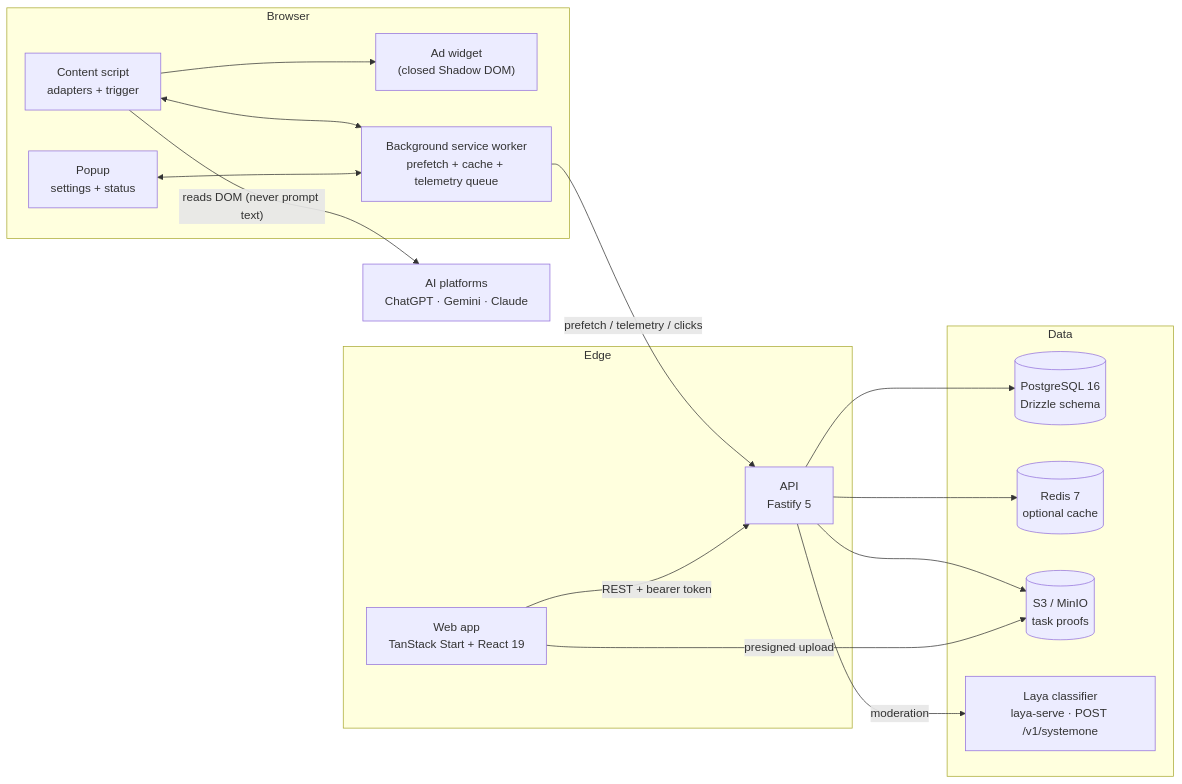
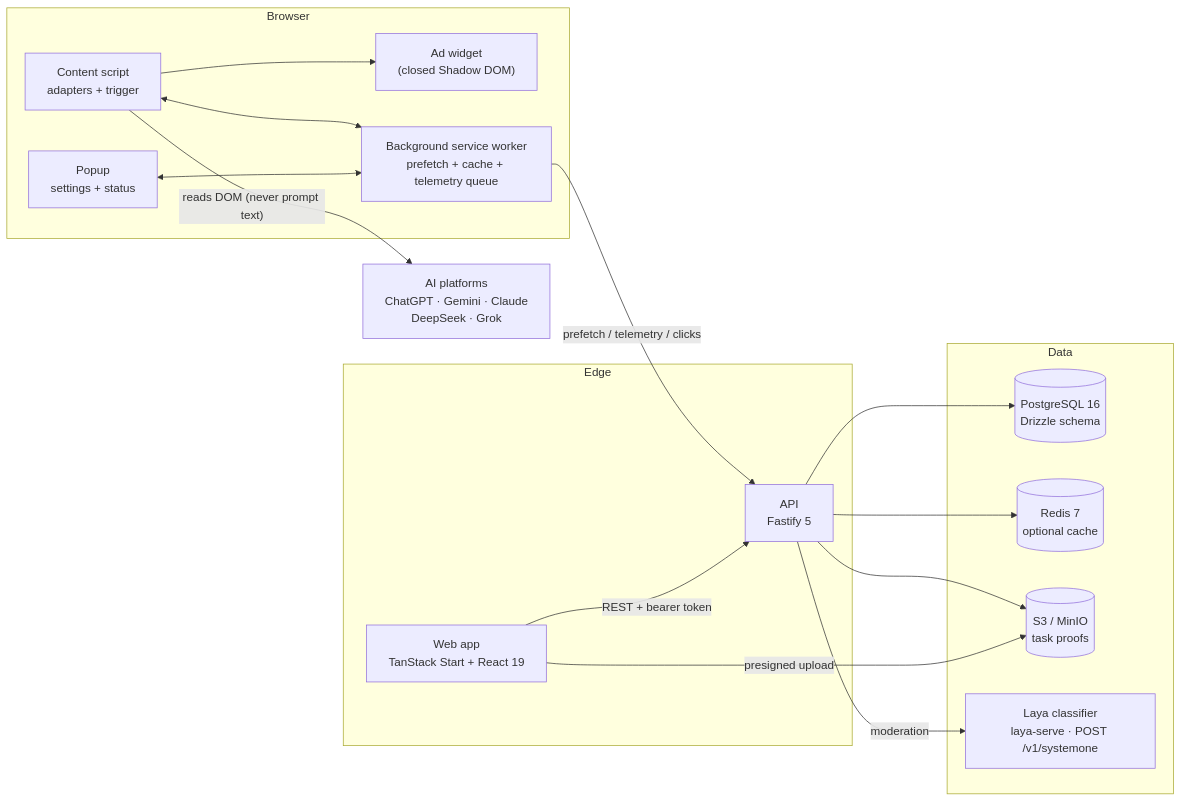
The first of 6 diagrams in ARCHITECTURE.md (BurningFlamesss/meantime), drawn with Mermaid before and after one commit. The commit also changed other lines of this file and 7 other files, not shown here.

Commit message:
feat(adapters): add support for DeepSeek and Grok platforms; update related configurations

````diff
--- a/ARCHITECTURE.md
+++ b/ARCHITECTURE.md
@@ -14,35 +14,35 @@
 ```mermaid
 flowchart LR
   subgraph Browser
     CS["Content script<br/>adapters + trigger"]
     W["Ad widget<br/>(closed Shadow DOM)"]
     BG["Background service worker<br/>prefetch + cache + telemetry queue"]
     POP["Popup<br/>settings + status"]
     CS --> W
     CS <--> BG
     POP <--> BG
   end
 
   subgraph Edge
     WEB["Web app<br/>TanStack Start + React 19"]
     API["API<br/>Fastify 5"]
   end
 
   subgraph Data
     PG[("PostgreSQL 16<br/>Drizzle schema")]
     RD[("Redis 7<br/>optional cache")]
     S3[("S3 / MinIO<br/>task proofs")]
     LAYA["Laya classifier<br/>laya-serve · POST /v1/systemone"]
   end
 
-  AI["AI platforms<br/>ChatGPT · Gemini · Claude"]
+  AI["AI platforms<br/>ChatGPT · Gemini · Claude<br/>DeepSeek · Grok"]
 
   BG -- "prefetch / telemetry / clicks" --> API
   CS -- "reads DOM (never prompt text)" --> AI
   WEB -- "REST + bearer token" --> API
   API --> PG
   API --> RD
   API --> S3
   API -- "moderation" --> LAYA
   WEB -- "presigned upload" --> S3
 ```
````
